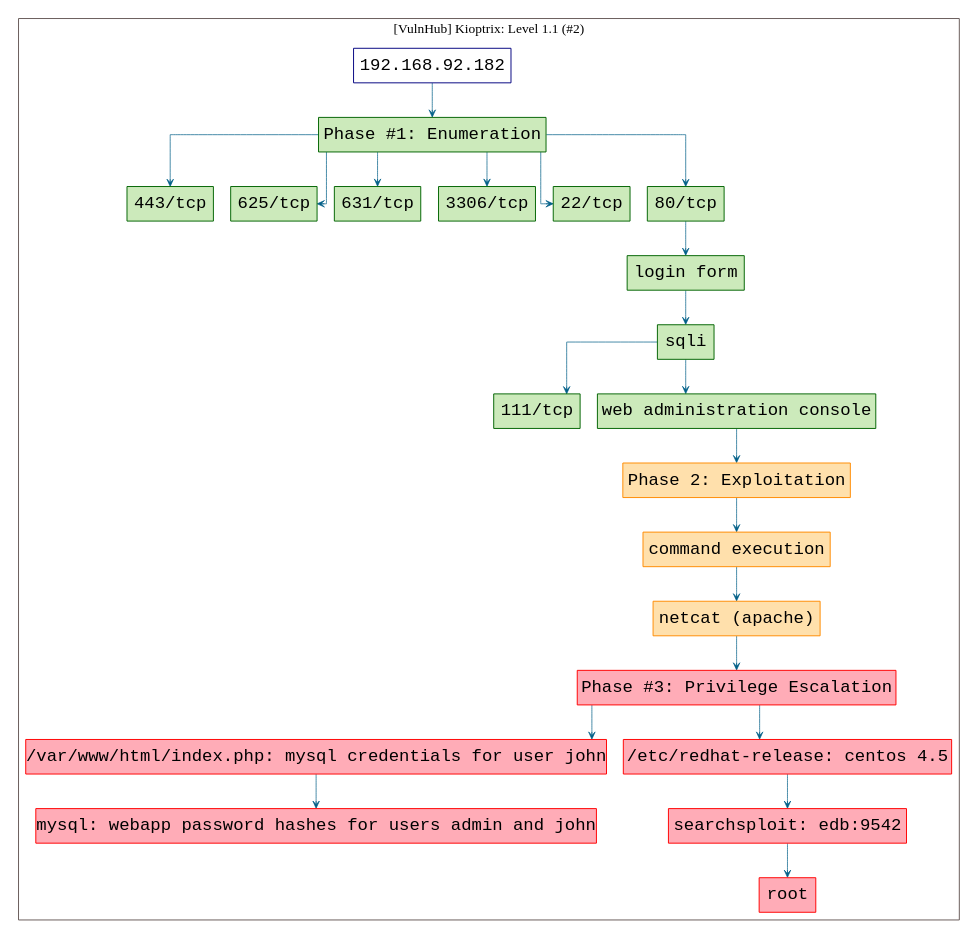
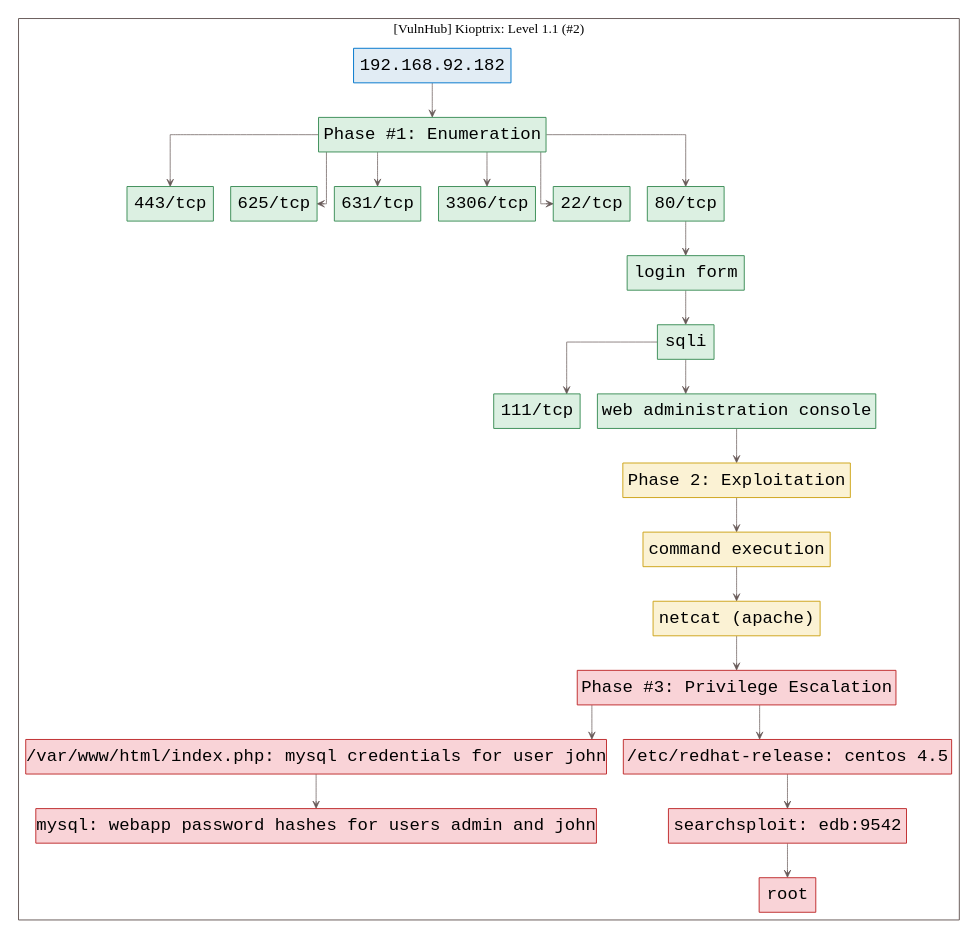
The diagram in vulnhub.kioptrix2/killchain.dot (7h3rAm/writeups), drawn with Graphviz before and after one commit. The commit also changed 110 other files, not shown here.

```diff
--- a/vulnhub.kioptrix2/killchain.dot
+++ b/vulnhub.kioptrix2/killchain.dot
@@ -1,54 +1,54 @@
 digraph G {
   #rankdir=LR;
   nodesdictep=1.0; splines="ortho"; K=0.6; overlap=scale; fixedsize=true; resolution=72; bgcolor="#ffffff"; outputorder="edgesfirst";
   node [fontname="courier" fontsize=18 shape=box width=0.25 fillcolor="white" style="filled,solid"];
-  edge [style=solid color="#005f87" penwidth=0.75 arrowhead=vee arrowsize=0.75 ];
+  edge [style=solid color="#665957" penwidth=0.75 arrowhead=vee arrowsize=0.75 ];
 
-  0[label="192.168.92.182" color="navyblue" fillcolor="#ffffff" tooltip="[VulnHub] Kioptrix: Level 1.1 (#2)"];
-  10[label="Phase #3: Privilege Escalation" color="red" fillcolor="#ffacb7" tooltip="Phase #3:Privilege Escalation"];
-  11[label="/var/www/html/index.php: mysql credentials for user john" color="red" fillcolor="#ffacb7" tooltip="Phase #3:Privilege Escalation"];
-  12[label="mysql: webapp password hashes for users admin and john" color="red" fillcolor="#ffacb7" tooltip="Phase #3:Privilege Escalation"];
-  13[label="/etc/redhat-release: centos 4.5" color="red" fillcolor="#ffacb7" tooltip="Phase #3:Privilege Escalation"];
-  14[label="searchsploit: edb:9542" color="red" fillcolor="#ffacb7" tooltip="Phase #3:Privilege Escalation"];
-  15[label="root" color="red" fillcolor="#ffacb7" tooltip="Phase #3:Privilege Escalation"];
-  16[label="111/tcp" color="darkgreen" fillcolor="#cceabb" tooltip="Phase #1:Enumeration"];
-  17[label="443/tcp" color="darkgreen" fillcolor="#cceabb" tooltip="Phase #1:Enumeration"];
-  18[label="625/tcp" color="darkgreen" fillcolor="#cceabb" tooltip="Phase #1:Enumeration"];
-  19[label="631/tcp" color="darkgreen" fillcolor="#cceabb" tooltip="Phase #1:Enumeration"];
-  1[label="Phase #1: Enumeration" color="darkgreen" fillcolor="#cceabb" tooltip="Phase #1:Enumeration"];
-  20[label="3306/tcp" color="darkgreen" fillcolor="#cceabb" tooltip="Phase #1:Enumeration"];
-  2[label="22/tcp" color="darkgreen" fillcolor="#cceabb" tooltip="Phase #1:Enumeration"];
-  3[label="80/tcp" color="darkgreen" fillcolor="#cceabb" tooltip="Phase #1:Enumeration"];
-  4[label="login form" color="darkgreen" fillcolor="#cceabb" tooltip="Phase #1:Enumeration"];
-  5[label="sqli" color="darkgreen" fillcolor="#cceabb" tooltip="Phase #1:Enumeration"];
-  6[label="web administration console" color="darkgreen" fillcolor="#cceabb" tooltip="Phase #1:Enumeration"];
-  7[label="Phase 2: Exploitation" color="darkorange" fillcolor="#ffe0ac" tooltip="Phase #2:Exploitation"];
-  8[label="command execution" color="darkorange" fillcolor="#ffe0ac" tooltip="Phase #2:Exploitation"];
-  9[label="netcat (apache)" color="darkorange" fillcolor="#ffe0ac" tooltip="Phase #2:Exploitation"];
+  0[label="192.168.92.182" color="#0077cc" fillcolor="#e1ecf4" tooltip="[VulnHub] Kioptrix: Level 1.1 (#2)"];
+  10[label="Phase #3: Privilege Escalation" color="#c02d2e" fillcolor="#f9d3d7" tooltip="Phase #3:Privilege Escalation"];
+  11[label="/var/www/html/index.php: mysql credentials for user john" color="#c02d2e" fillcolor="#f9d3d7" tooltip="Phase #3:Privilege Escalation"];
+  12[label="mysql: webapp password hashes for users admin and john" color="#c02d2e" fillcolor="#f9d3d7" tooltip="Phase #3:Privilege Escalation"];
+  13[label="/etc/redhat-release: centos 4.5" color="#c02d2e" fillcolor="#f9d3d7" tooltip="Phase #3:Privilege Escalation"];
+  14[label="searchsploit: edb:9542" color="#c02d2e" fillcolor="#f9d3d7" tooltip="Phase #3:Privilege Escalation"];
+  15[label="root" color="#c02d2e" fillcolor="#f9d3d7" tooltip="Phase #3:Privilege Escalation"];
+  16[label="111/tcp" color="#3d8f58" fillcolor="#dcf0e2" tooltip="Phase #1:Enumeration"];
+  17[label="443/tcp" color="#3d8f58" fillcolor="#dcf0e2" tooltip="Phase #1:Enumeration"];
+  18[label="625/tcp" color="#3d8f58" fillcolor="#dcf0e2" tooltip="Phase #1:Enumeration"];
+  19[label="631/tcp" color="#3d8f58" fillcolor="#dcf0e2" tooltip="Phase #1:Enumeration"];
+  1[label="Phase #1: Enumeration" color="#3d8f58" fillcolor="#dcf0e2" tooltip="Phase #1:Enumeration"];
+  20[label="3306/tcp" color="#3d8f58" fillcolor="#dcf0e2" tooltip="Phase #1:Enumeration"];
+  2[label="22/tcp" color="#3d8f58" fillcolor="#dcf0e2" tooltip="Phase #1:Enumeration"];
+  3[label="80/tcp" color="#3d8f58" fillcolor="#dcf0e2" tooltip="Phase #1:Enumeration"];
+  4[label="login form" color="#3d8f58" fillcolor="#dcf0e2" tooltip="Phase #1:Enumeration"];
+  5[label="sqli" color="#3d8f58" fillcolor="#dcf0e2" tooltip="Phase #1:Enumeration"];
+  6[label="web administration console" color="#3d8f58" fillcolor="#dcf0e2" tooltip="Phase #1:Enumeration"];
+  7[label="Phase 2: Exploitation" color="#cea51b" fillcolor="#fbf2d4" tooltip="Phase #2:Exploitation"];
+  8[label="command execution" color="#cea51b" fillcolor="#fbf2d4" tooltip="Phase #2:Exploitation"];
+  9[label="netcat (apache)" color="#cea51b" fillcolor="#fbf2d4" tooltip="Phase #2:Exploitation"];
 
   subgraph cluster_0 {
     node [style="filled,solid"];
     label = "[VulnHub] Kioptrix: Level 1.1 (#2)";
     color = "#665957";
-    0 -> 1 [color="#005f87"];
-    1 -> 17 [color="#005f87"];
-    1 -> 18 [color="#005f87"];
-    1 -> 19 [color="#005f87"];
-    1 -> 2 [color="#005f87"];
-    1 -> 20 [color="#005f87"];
-    1 -> 3 [color="#005f87"];
-    10 -> 11 [color="#005f87"];
-    10 -> 13 [color="#005f87"];
-    11 -> 12 [color="#005f87"];
-    13 -> 14 [color="#005f87"];
-    14 -> 15 [color="#005f87"];
-    3 -> 4 [color="#005f87"];
-    4 -> 5 [color="#005f87"];
-    5 -> 16 [color="#005f87"];
-    5 -> 6 [color="#005f87"];
-    6 -> 7 [color="#005f87"];
-    7 -> 8 [color="#005f87"];
-    8 -> 9 [color="#005f87"];
-    9 -> 10 [color="#005f87"];
+    0 -> 1 [color="#665957"];
+    1 -> 17 [color="#665957"];
+    1 -> 18 [color="#665957"];
+    1 -> 19 [color="#665957"];
+    1 -> 2 [color="#665957"];
+    1 -> 20 [color="#665957"];
+    1 -> 3 [color="#665957"];
+    10 -> 11 [color="#665957"];
+    10 -> 13 [color="#665957"];
+    11 -> 12 [color="#665957"];
+    13 -> 14 [color="#665957"];
+    14 -> 15 [color="#665957"];
+    3 -> 4 [color="#665957"];
+    4 -> 5 [color="#665957"];
+    5 -> 16 [color="#665957"];
+    5 -> 6 [color="#665957"];
+    6 -> 7 [color="#665957"];
+    7 -> 8 [color="#665957"];
+    8 -> 9 [color="#665957"];
+    9 -> 10 [color="#665957"];
   }
 }
```
